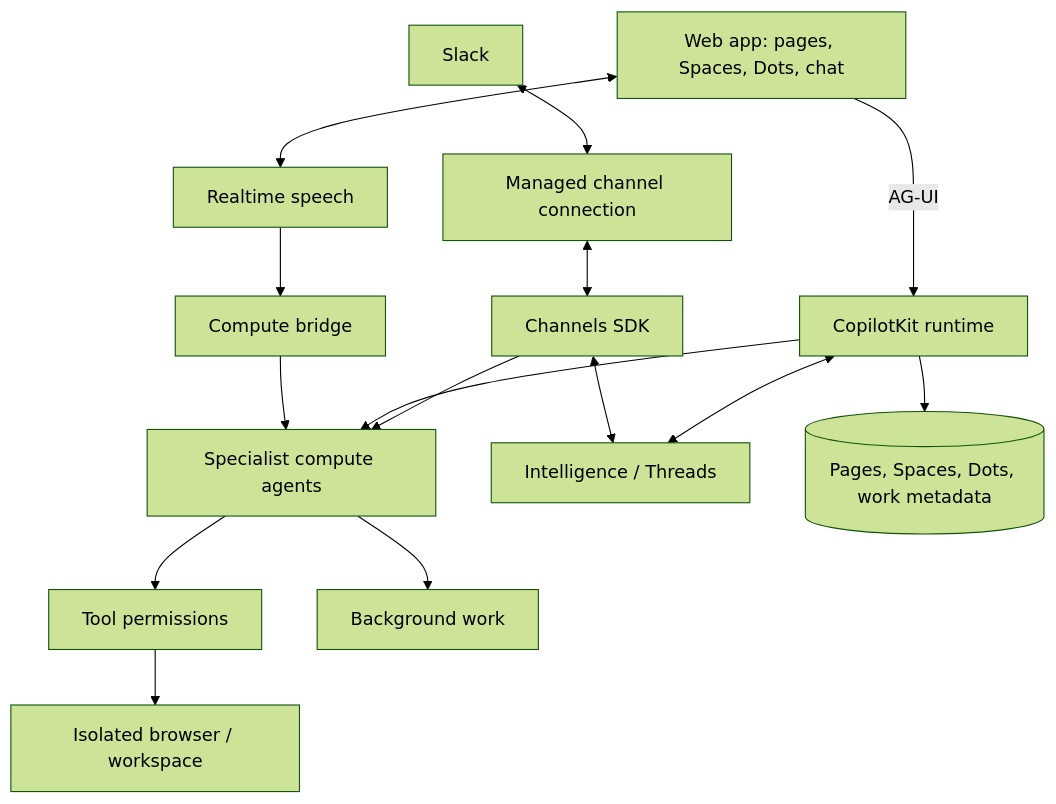
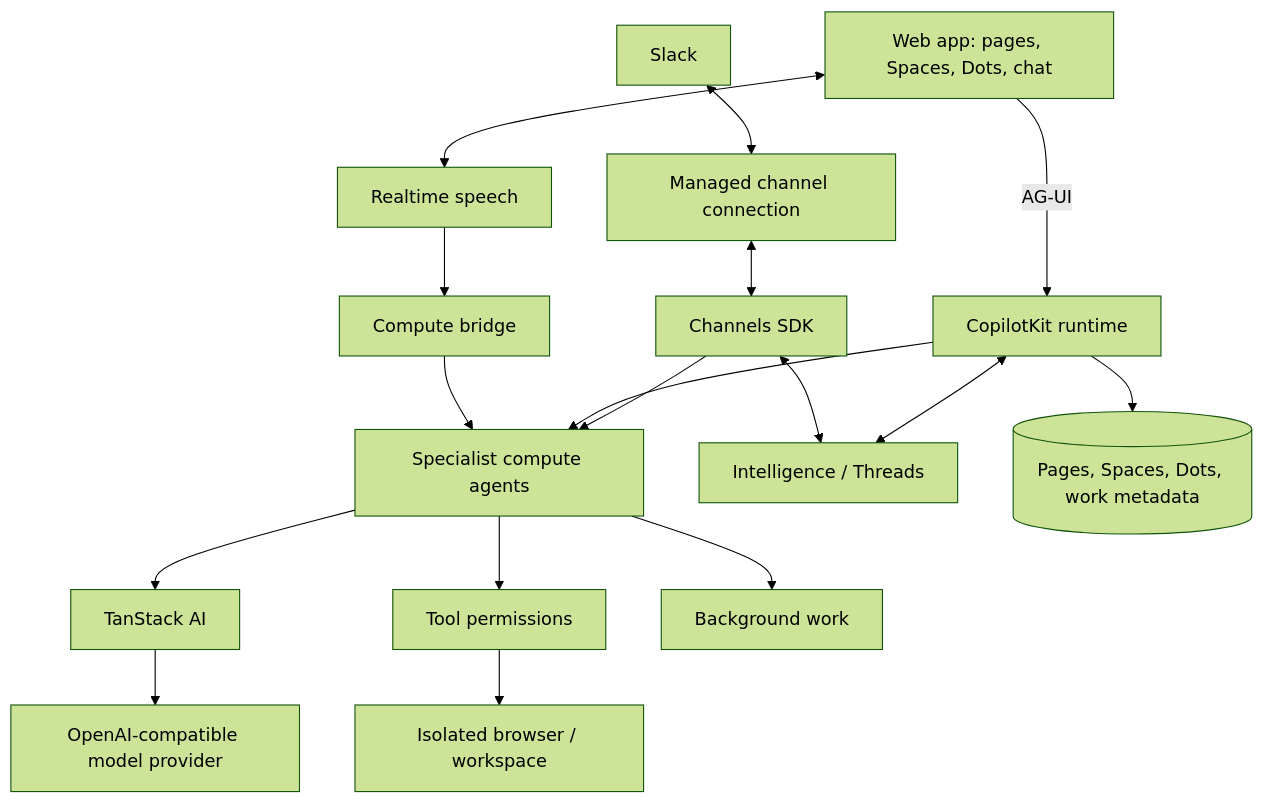
The diagram in README.md (90sRehem/OpenDots), drawn with Mermaid (forest theme) before and after one commit. The commit also changed other lines of this file and 9 other files, not shown here.

Commit message:
Use TanStack AI for specialist model and tool execution

````diff
--- a/README.md
+++ b/README.md
@@ -121,17 +121,19 @@
 ```mermaid
 flowchart TB
   Web["Web app: pages, Spaces, Dots, chat"] -->|AG-UI| Runtime[CopilotKit runtime]
   Slack[Slack] <--> Managed[Managed channel connection]
   Managed <--> Channels[Channels SDK]
   Channels --> Agents[Specialist compute agents]
   Runtime --> Agents
+  Agents --> AI[TanStack AI]
+  AI --> Provider[OpenAI-compatible model provider]
   Runtime <--> Intelligence["Intelligence / Threads"]
   Channels <--> Intelligence
   Web <--> Speech[Realtime speech]
   Speech --> Bridge[Compute bridge]
   Bridge --> Agents
   Agents --> Controls[Tool permissions]
   Controls --> Computer[Isolated browser / workspace]
   Agents --> Jobs[Background work]
   Runtime --> Metadata[(Pages, Spaces, Dots, work metadata)]
 ```
````
